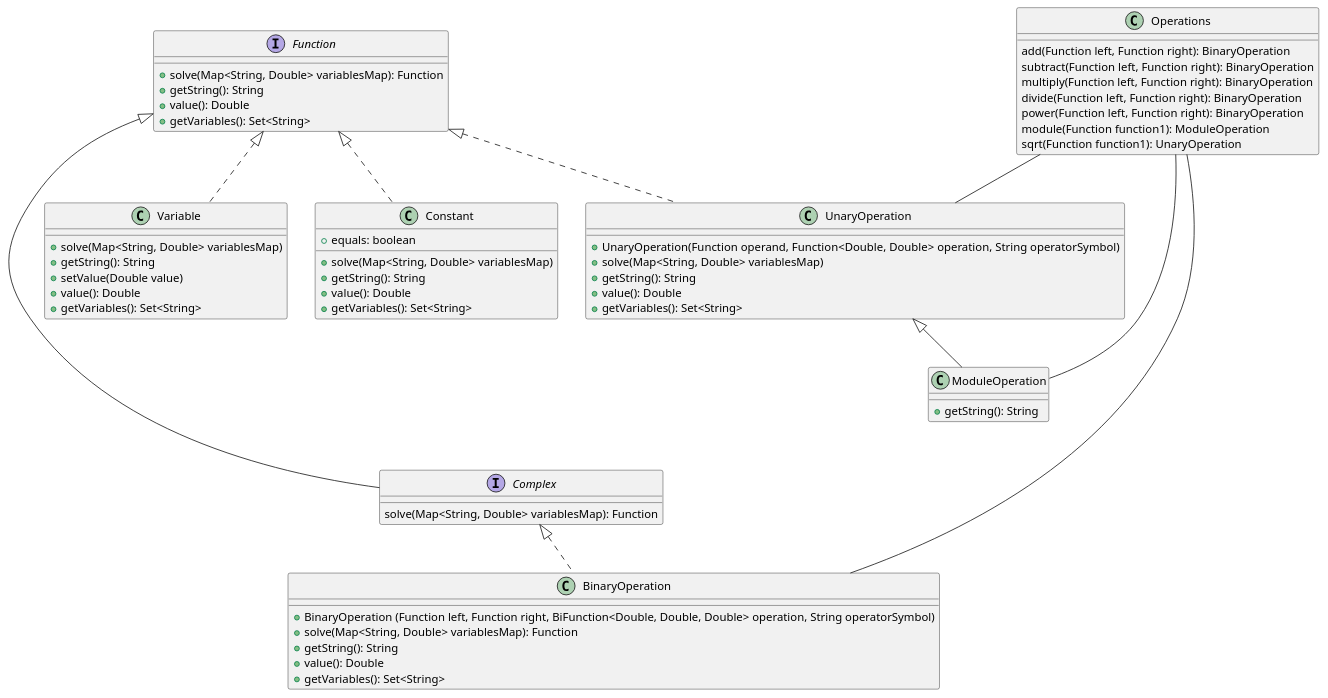
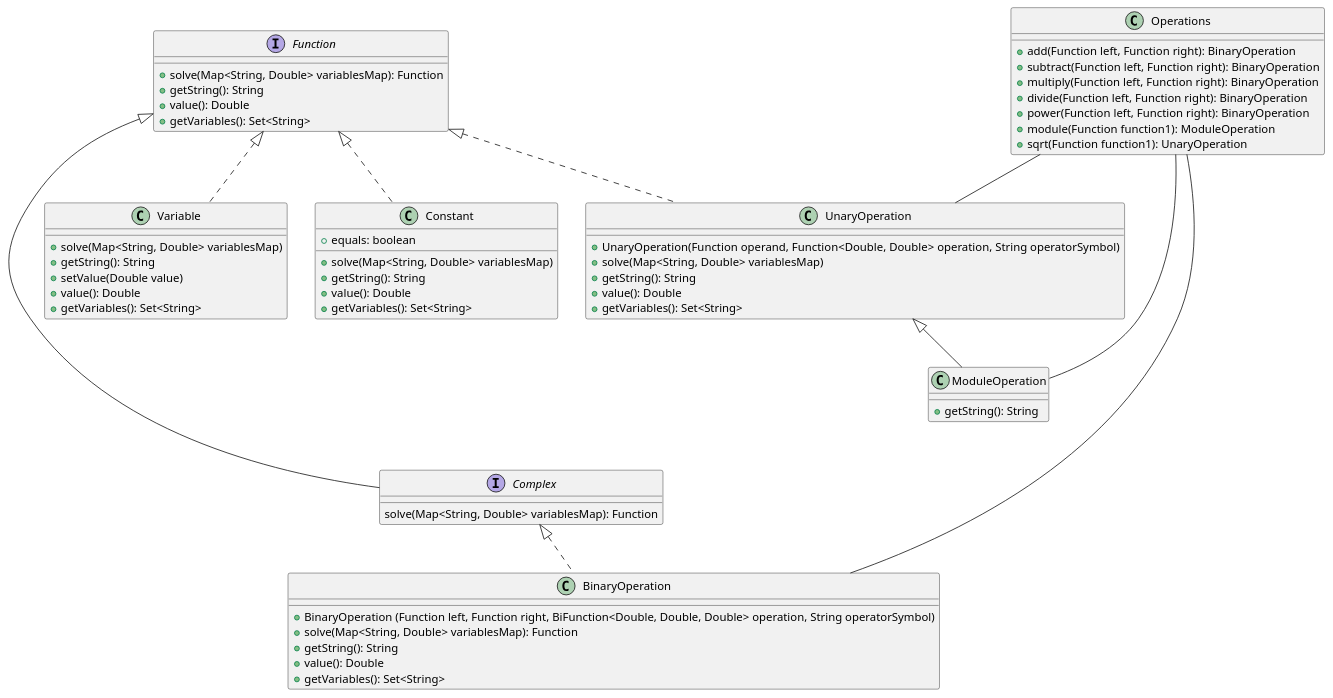
The diagram in diagrams/diagram.puml (austral-ingsis-classroom/formula-Agustin5421), drawn with PlantUML before and after one commit. The commit also changed 1 other file, not shown here.

Commit message:
added diagram as pdf

```diff
--- a/diagrams/diagram.puml
+++ b/diagrams/diagram.puml
@@ -1,68 +1,68 @@
 @startuml
 
 interface Function{
   +solve(Map<String, Double> variablesMap): Function
   +getString(): String
   +value(): Double
   +getVariables(): Set<String>
 }
 
 interface Complex extends Function{
   solve(Map<String, Double> variablesMap): Function
 }
 
 class BinaryOperation implements Complex{
     +BinaryOperation (Function left, Function right, BiFunction<Double, Double, Double> operation, String operatorSymbol)
     +solve(Map<String, Double> variablesMap): Function
     +getString(): String
     +value(): Double
     +getVariables(): Set<String>
 }
 
 class UnaryOperation implements Function{
     +UnaryOperation(Function operand, Function<Double, Double> operation, String operatorSymbol)
     +solve(Map<String, Double> variablesMap)
     +getString(): String
     +value(): Double
     +getVariables(): Set<String>
 }
 
 class Variable implements Function{
     +solve(Map<String, Double> variablesMap)
     +getString(): String
     +setValue(Double value)
     +value(): Double
     +getVariables(): Set<String>
 }
 
 class Constant implements Function{
     +solve(Map<String, Double> variablesMap)
     +getString(): String
     +value(): Double
     +getVariables(): Set<String>
     +equals: boolean
 }
 
 class ModuleOperation extends UnaryOperation{
     +getString(): String
  }
 
 class Operations{
-  add(Function left, Function right): BinaryOperation
-  subtract(Function left, Function right): BinaryOperation
-  multiply(Function left, Function right): BinaryOperation
-  divide(Function left, Function right): BinaryOperation
-  power(Function left, Function right): BinaryOperation
-  module(Function function1): ModuleOperation
-  sqrt(Function function1): UnaryOperation
+  +add(Function left, Function right): BinaryOperation
+  +subtract(Function left, Function right): BinaryOperation
+  +multiply(Function left, Function right): BinaryOperation
+  +divide(Function left, Function right): BinaryOperation
+  +power(Function left, Function right): BinaryOperation
+  +module(Function function1): ModuleOperation
+  +sqrt(Function function1): UnaryOperation
 }
 
 
 
 
 Operations ----- BinaryOperation
 Operations -- UnaryOperation
 Operations -- ModuleOperation
 
 
 @enduml
```
